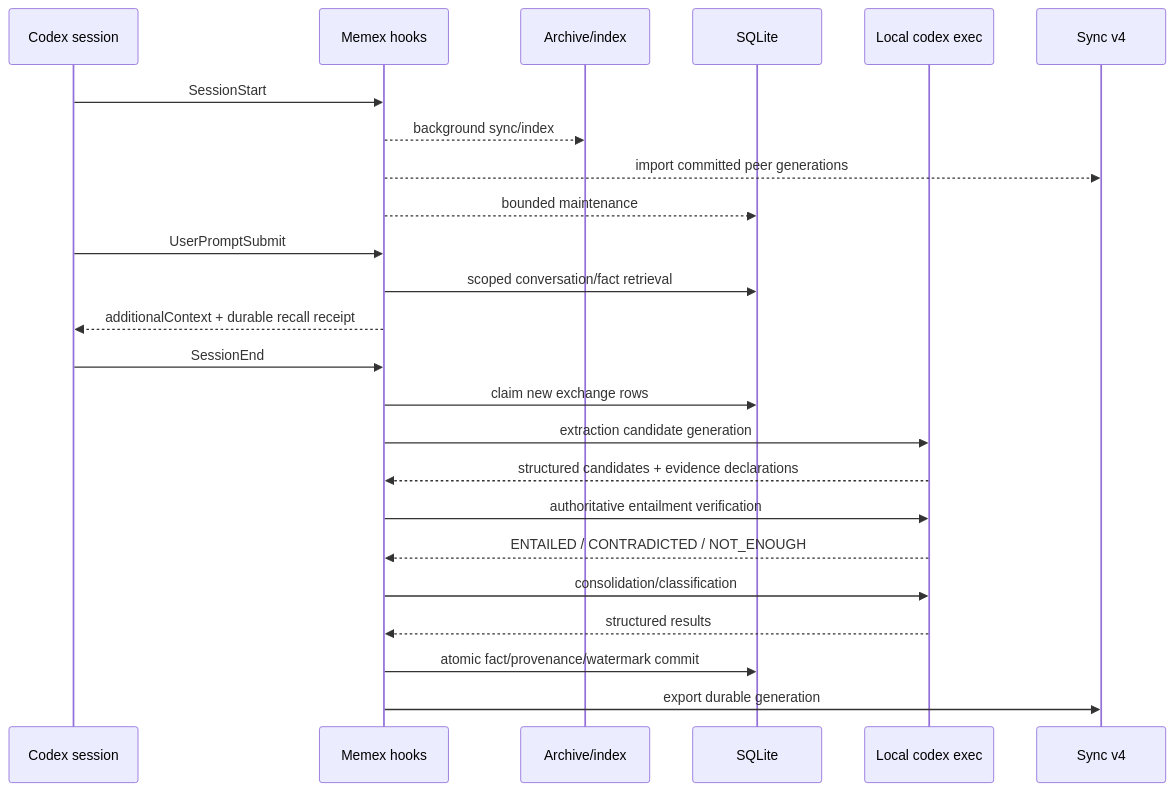
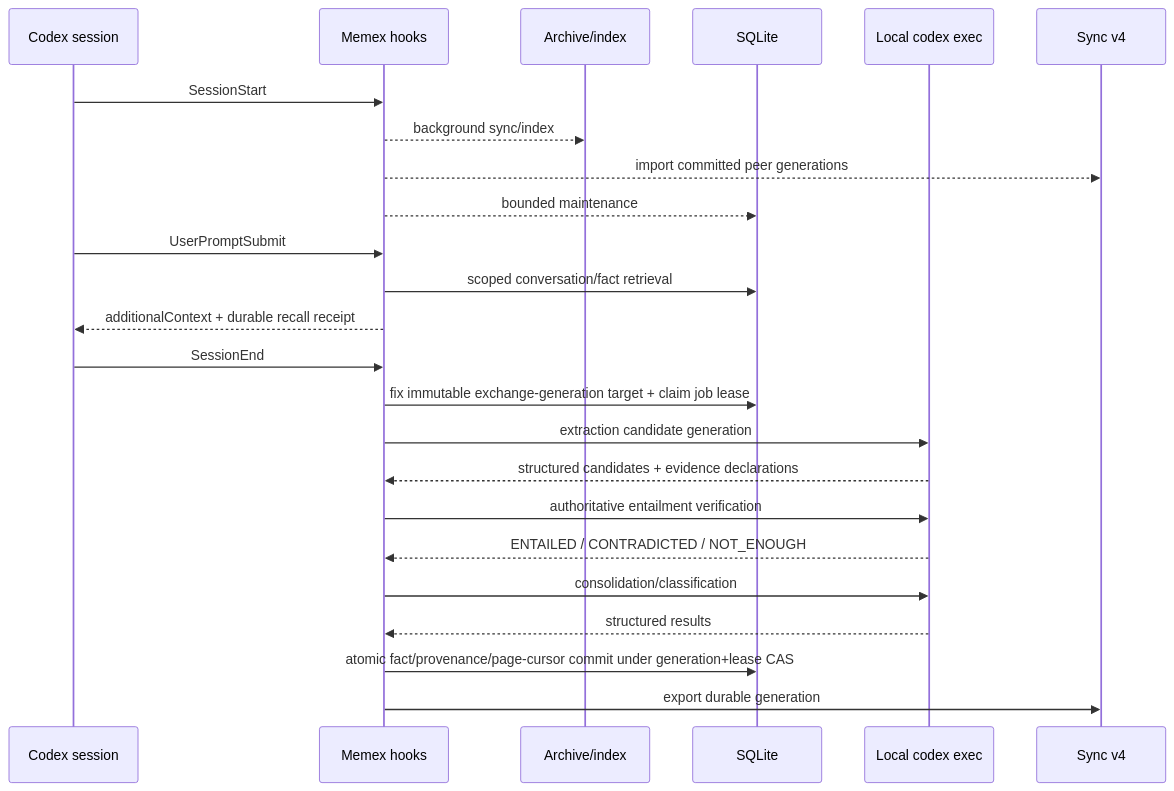
The second of 2 diagrams in docs/ARCHITECTURE.md (BongSuCHOI/memex), drawn with Mermaid before and after one commit. The commit also changed other lines of this file and 43 other files, not shown here.

````diff
--- a/docs/ARCHITECTURE.md
+++ b/docs/ARCHITECTURE.md
@@ -160,29 +162,29 @@
 ```mermaid
 sequenceDiagram
     participant C as Codex session
     participant H as Memex hooks
     participant A as Archive/index
     participant D as SQLite
     participant L as Local codex exec
     participant S as Sync v4
 
     C->>H: SessionStart
     H-->>A: background sync/index
     H-->>S: import committed peer generations
     H-->>D: bounded maintenance
 
     C->>H: UserPromptSubmit
     H->>D: scoped conversation/fact retrieval
     H-->>C: additionalContext + durable recall receipt
 
     C->>H: SessionEnd
-    H->>D: claim new exchange rows
+    H->>D: fix immutable exchange-generation target + claim job lease
     H->>L: extraction candidate generation
     L-->>H: structured candidates + evidence declarations
     H->>L: authoritative entailment verification
     L-->>H: ENTAILED / CONTRADICTED / NOT_ENOUGH
     H->>L: consolidation/classification
     L-->>H: structured results
-    H->>D: atomic fact/provenance/watermark commit
+    H->>D: atomic fact/provenance/page-cursor commit under generation+lease CAS
     H->>S: export durable generation
 ```
````
